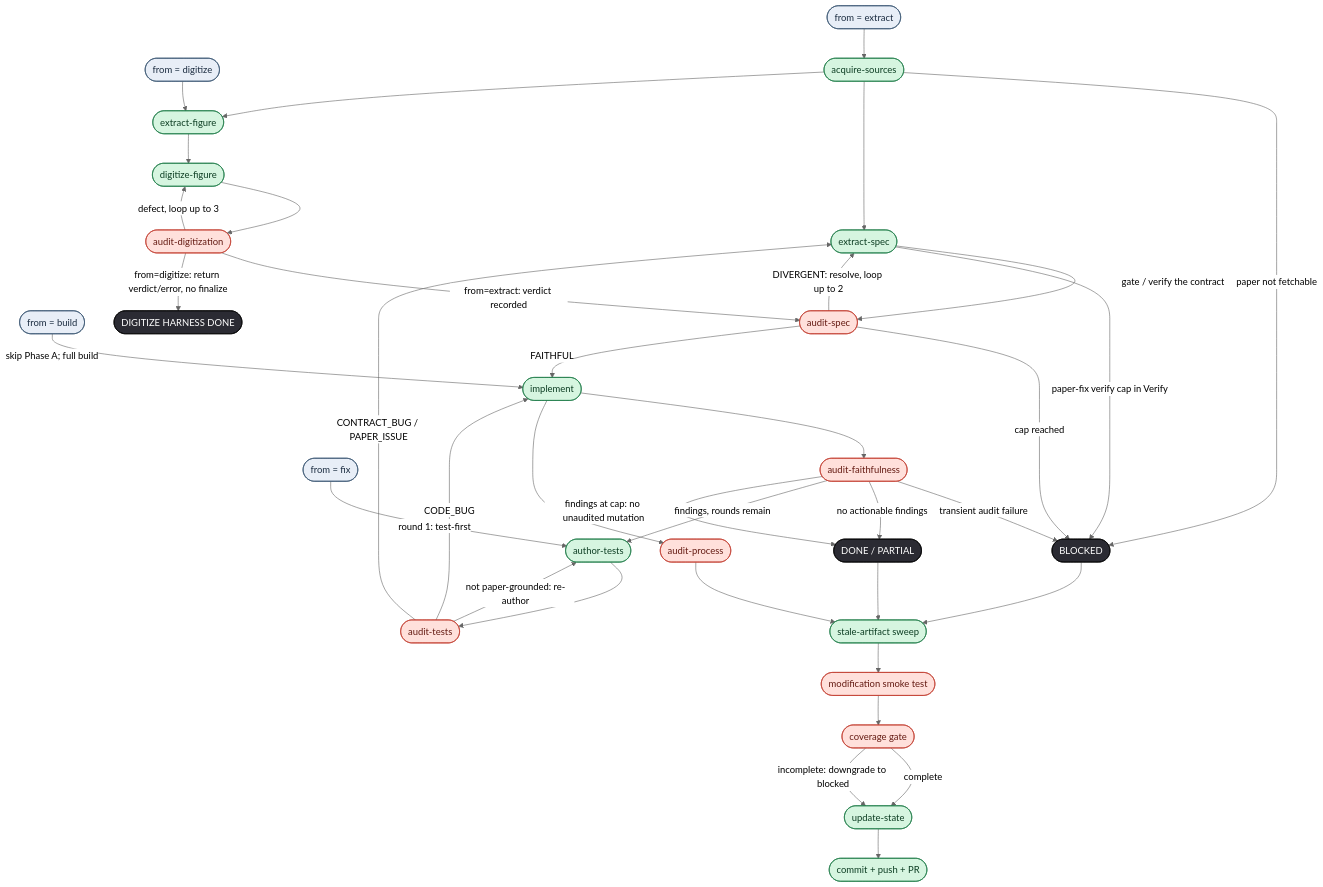
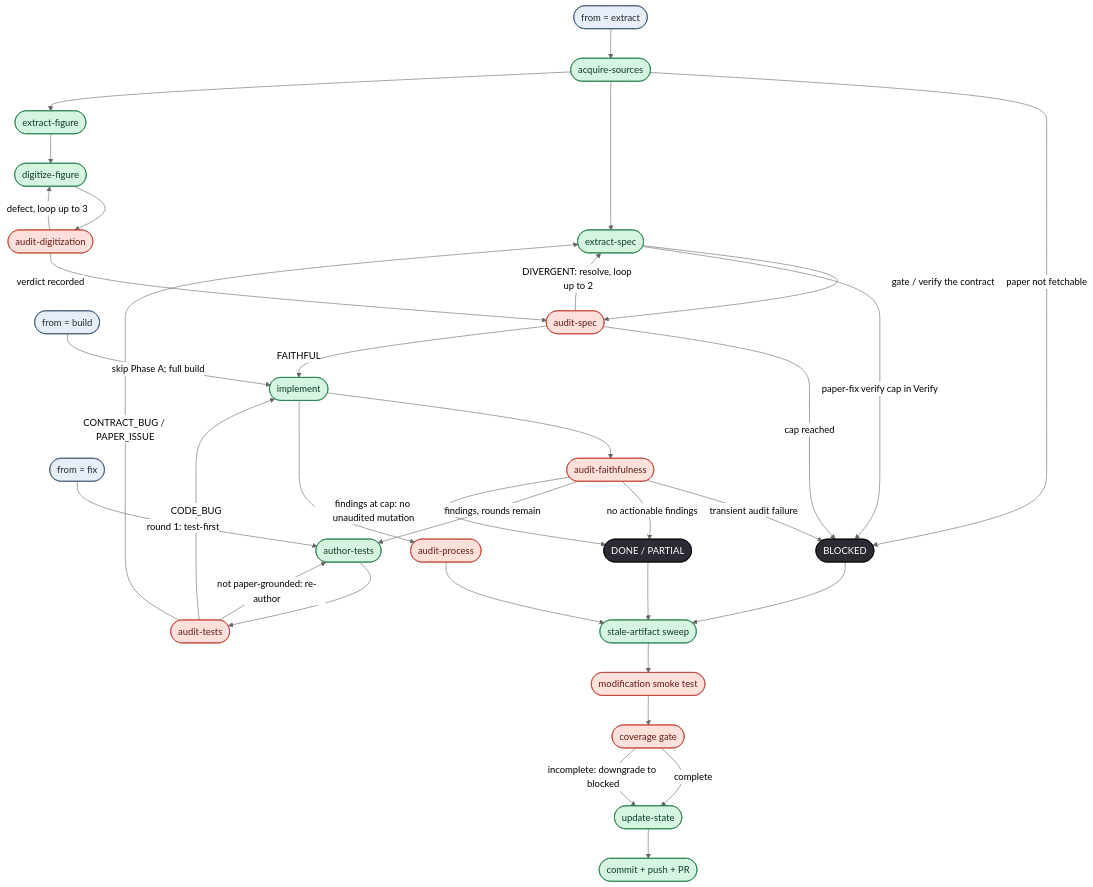
One commit to EstevaoUyra/model_agent changed the diagram in WORKFLOW-graph.md. Above: the diagram before and after it, drawn with Mermaid (neutral theme). The commit also changed other lines of this file and 1 other file, not shown here.

Commit message:
Docs: drop orphaned from=digitize harness refs (experiment stays reverted)
The routing-hardening doc updates described the from='digitize' A/B measurement
harness, which is part of the reverted digitization-cost experiment and is NOT
in the code on this branch. Remove the now-dangling references so the docs match
the experiment-free code: the WORKFLOW-graph D0 entry node, DIGDONE terminal, the
two from=digitize edges (and the now-redundant from=extract qualifier on the
ADIG->ASPEC edge), the closing harness paragraph, and the WORKFLOW.md entrypoint
sentence. extract/build/fix only.

````diff
--- a/WORKFLOW-graph.md
+++ b/WORKFLOW-graph.md
@@ -20,73 +20,69 @@
 ```mermaid
 flowchart TD
   E0([from = extract]):::entry
   B0([from = build]):::entry
   F0([from = fix]):::entry
-  D0([from = digitize]):::entry
 
   ACQ([acquire-sources]):::build
   XSPEC([extract-spec]):::build
   XFIG([extract-figure]):::build
   DIG([digitize-figure]):::build
   IMPL([implement]):::build
   ATEST([author-tests]):::build
   SWEEP([stale-artifact sweep]):::build
   SMOKE([modification smoke test]):::audit
   COV([coverage gate]):::audit
   UPD([update-state]):::build
   PR([commit + push + PR]):::build
 
   ADIG([audit-digitization]):::audit
   ASPEC([audit-spec]):::audit
   AUTEST([audit-tests]):::audit
   AFAITH([audit-faithfulness]):::audit
   APROC([audit-process]):::audit
 
   BLOCK([BLOCKED]):::term
   DONE([DONE / PARTIAL]):::term
-  DIGDONE([DIGITIZE HARNESS DONE]):::term
 
   E0 --> ACQ
   ACQ -->|paper not fetchable| BLOCK
   ACQ --> XSPEC
   ACQ --> XFIG
   XFIG --> DIG
   DIG --> ADIG
   ADIG -->|defect, loop up to 3| DIG
-  ADIG -->|from=extract: verdict recorded| ASPEC
-  D0 --> XFIG
-  ADIG -->|from=digitize: return verdict/error, no finalize| DIGDONE
+  ADIG -->|verdict recorded| ASPEC
   XSPEC -->|gate / verify the contract| ASPEC
   ASPEC -->|DIVERGENT: resolve, loop up to 2| XSPEC
   ASPEC -->|cap reached| BLOCK
   ASPEC -->|FAITHFUL| IMPL
 
   B0 -->|skip Phase A; full build| IMPL
   F0 -->|round 1: test-first| ATEST
 
   IMPL --> AFAITH
   IMPL --> APROC
   AFAITH -->|transient audit failure| BLOCK
   AFAITH -->|no actionable findings| DONE
   AFAITH -->|findings, rounds remain| ATEST
   AFAITH -->|findings at cap: no unaudited mutation| DONE
   ATEST --> AUTEST
   AUTEST -->|not paper-grounded: re-author| ATEST
   AUTEST -->|CONTRACT_BUG / PAPER_ISSUE| XSPEC
   AUTEST -->|CODE_BUG| IMPL
   XSPEC -->|paper-fix verify cap in Verify| BLOCK
 
   DONE --> SWEEP
   BLOCK --> SWEEP
   APROC --> SWEEP
   SWEEP --> SMOKE
   SMOKE --> COV
   COV -->|complete| UPD
   COV -->|incomplete: downgrade to blocked| UPD
   UPD --> PR
 
   classDef build fill:#d6f5e0,stroke:#1b7a44,color:#0c3d22;
   classDef audit fill:#ffe0db,stroke:#c0392b,color:#641a12;
   classDef entry fill:#e8eef7,stroke:#33506e,color:#1b2c40;
   classDef term fill:#2b2b33,stroke:#000,color:#fff;
 ```
````
